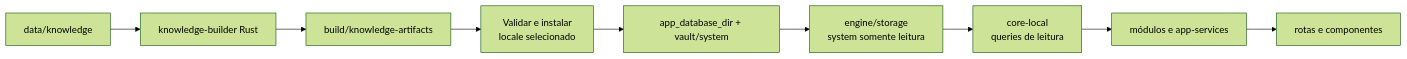
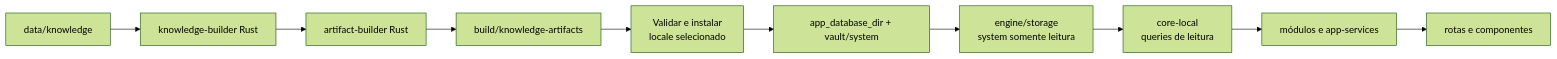
The diagram in docs/plans/hub-server/01c-app-system-consumption.md (migmoroni/veterinary-clinic), drawn with Mermaid (forest theme) before and after one commit. The commit also changed other lines of this file and 11 other files, not shown here.

````diff
--- a/docs/plans/hub-server/01c-app-system-consumption.md
+++ b/docs/plans/hub-server/01c-app-system-consumption.md
@@ -75,11 +77,12 @@
 ```mermaid
 flowchart LR
     DATA["data/knowledge"] --> BUILDER["knowledge-builder Rust"]
-    BUILDER --> OUTPUT["build/knowledge-artifacts"]
+    BUILDER --> ARTIFACTS["artifact-builder Rust"]
+    ARTIFACTS --> OUTPUT["build/knowledge-artifacts"]
     OUTPUT --> PREPARE["Validar e instalar<br/>locale selecionado"]
     PREPARE --> ACTIVE["app_database_dir + vault/system"]
     ACTIVE --> ENGINE["engine/storage<br/>system somente leitura"]
     ENGINE --> CORE["core-local<br/>queries de leitura"]
     CORE --> MODULES["módulos e app-services"]
     MODULES --> ROUTES["rotas e componentes"]
 ```
````
